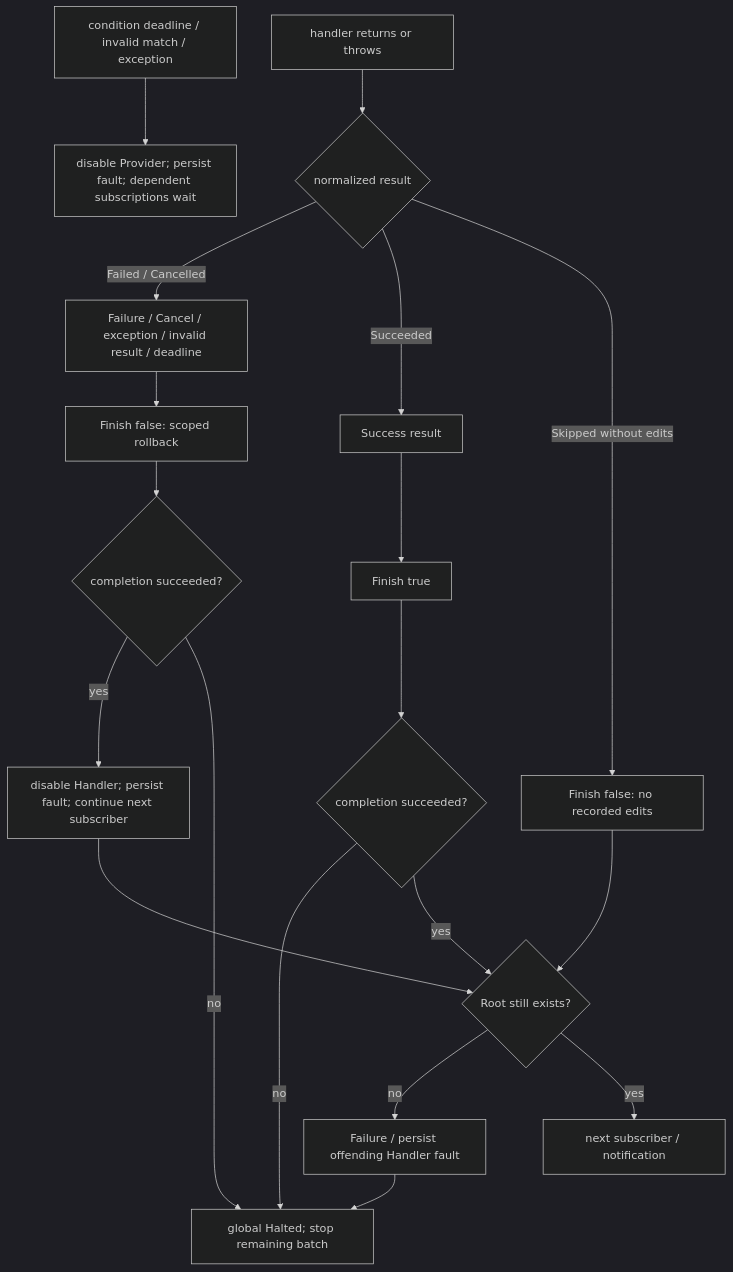
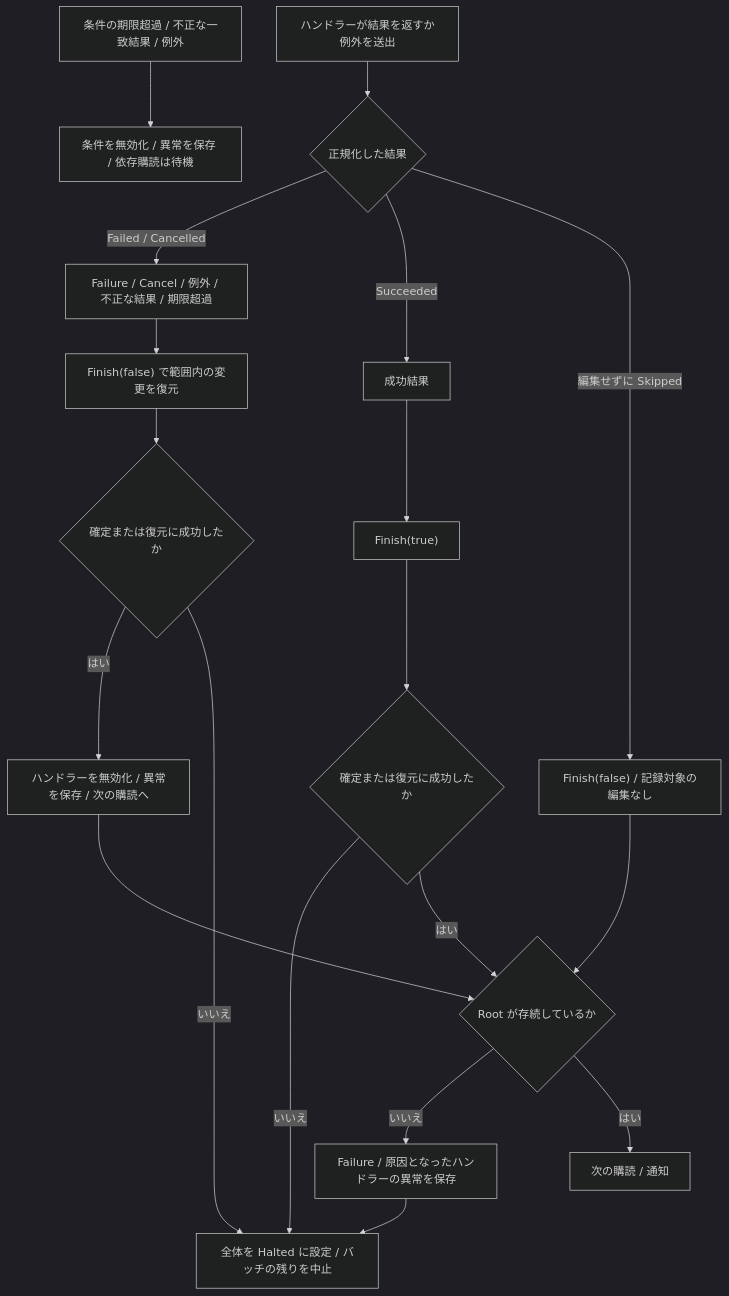
One commit to MerciaGrimauge/unity-editor-event-handlers changed the third of 3 diagrams in docs/ARCHITECTURE.md. Above: the diagram before and after it, drawn with Mermaid (dark theme). The commit also changed other lines of this file and 35 other files, not shown here.

````diff
--- a/docs/ARCHITECTURE.md
+++ b/docs/ARCHITECTURE.md
@@ -85,22 +85,22 @@
 ```mermaid
 flowchart TD
-    ConditionError[condition deadline / invalid match / exception]
-    ConditionError --> DisableHandlerondition[disable Provider; persist fault; dependent subscriptions wait]
-    Return[handler returns or throws] --> Which{normalized result}
-    Which -->|Failed / Cancelled| HandlerError[Failure / Cancel / exception / invalid result / deadline]
-    HandlerError --> Rollback[Finish false: scoped rollback]
-    Rollback --> R{completion succeeded?}
-    R -->|yes| DisableHandler[disable Handler; persist fault; continue next subscriber]
-    R -->|no| Halt[global Halted; stop remaining batch]
-    Which -->|Succeeded| Success[Success result]
-    Success --> Commit[Finish true]
-    Commit --> F{completion succeeded?}
-    F -->|no| Halt
-    F -->|yes| Root{Root still exists?}
-    Which -->|Skipped without edits| Skip[Finish false: no recorded edits]
+    ConditionError[条件の期限超過 / 不正な一致結果 / 例外]
+    ConditionError --> DisableHandlerondition[条件を無効化 / 異常を保存 / 依存購読は待機]
+    Return[ハンドラーが結果を返すか例外を送出] --> Which{正規化した結果}
+    Which -->|Failed / Cancelled| HandlerError[Failure / Cancel / 例外 / 不正な結果 / 期限超過]
+    HandlerError --> Rollback["Finish(false) で範囲内の変更を復元"]
+    Rollback --> R{確定または復元に成功したか}
+    R -->|はい| DisableHandler[ハンドラーを無効化 / 異常を保存 / 次の購読へ]
+    R -->|いいえ| Halt[全体を Halted に設定 / バッチの残りを中止]
+    Which -->|Succeeded| Success[成功結果]
+    Success --> Commit["Finish(true)"]
+    Commit --> F{確定または復元に成功したか}
+    F -->|いいえ| Halt
+    F -->|はい| Root{Root が存続しているか}
+    Which -->|編集せずに Skipped| Skip["Finish(false) / 記録対象の編集なし"]
     Skip --> Root
     DisableHandler --> Root
-    Root -->|no| LostRoot[Failure / persist offending Handler fault]
+    Root -->|いいえ| LostRoot[Failure / 原因となったハンドラーの異常を保存]
     LostRoot --> Halt
-    Root -->|yes| Next[next subscriber / notification]
+    Root -->|はい| Next[次の購読 / 通知]
 ```
````
